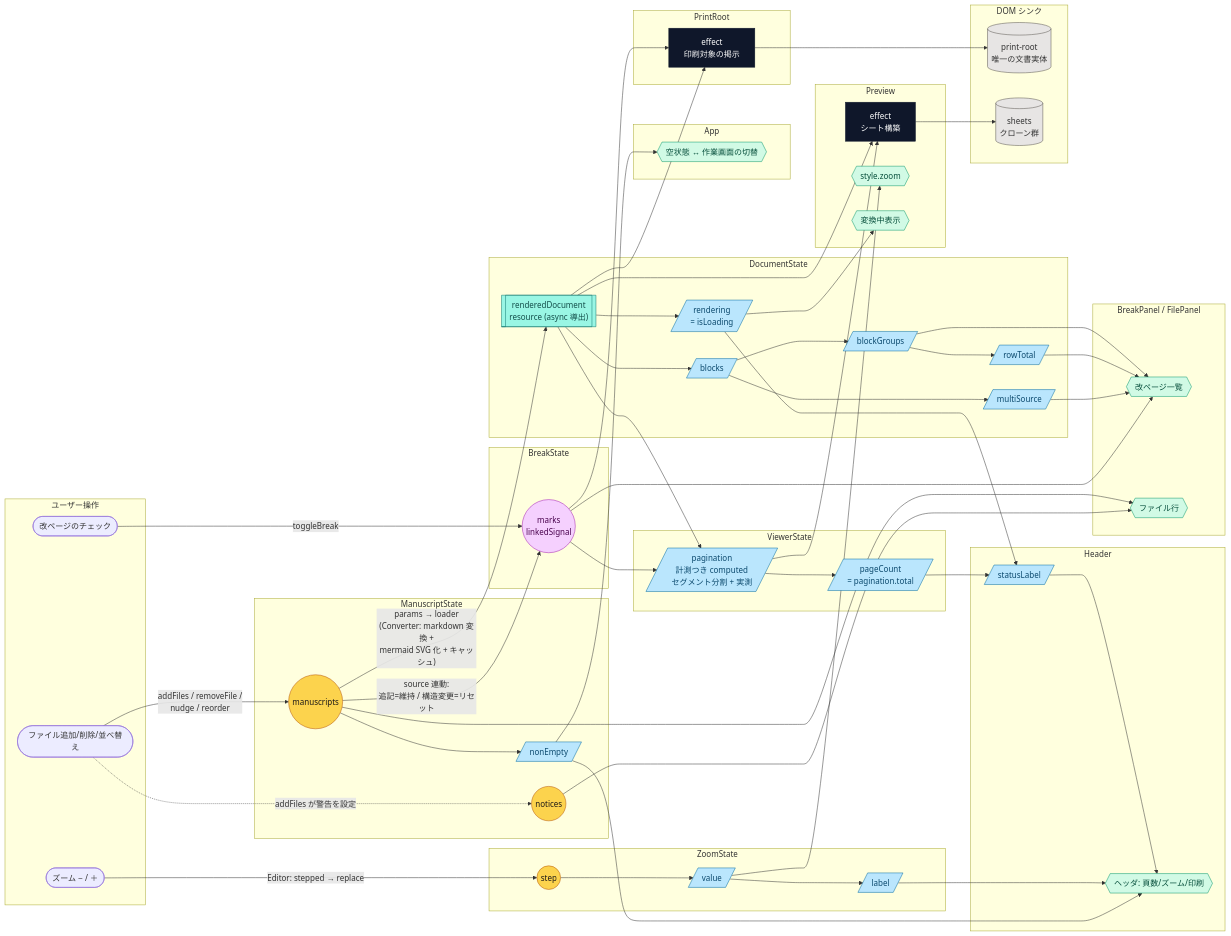
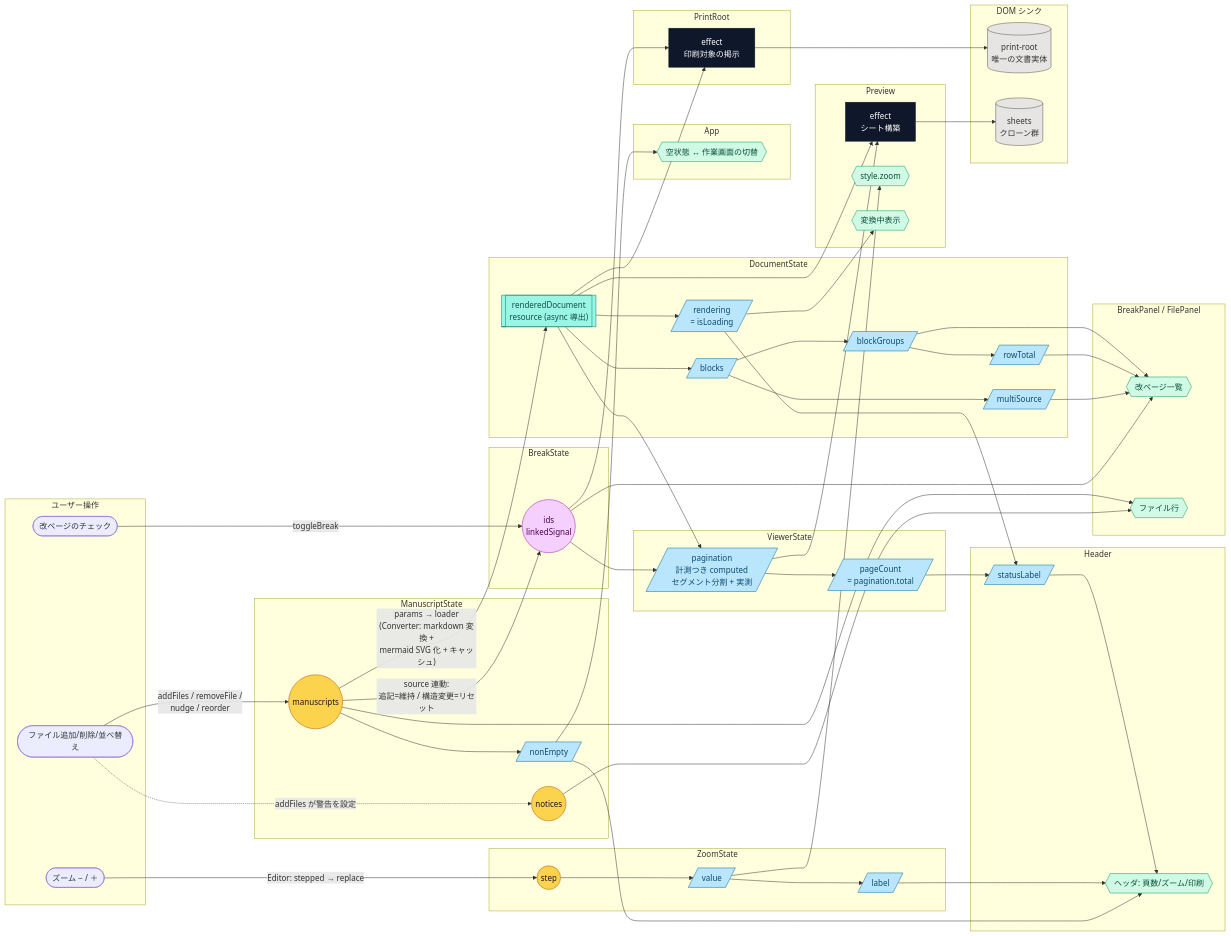
One commit to lacolaco/printmd changed the diagram in docs/signal-graph.md. Above: the diagram before and after it, drawn with Mermaid. The commit also changed other lines of this file and 7 other files, not shown here.

```diff
--- a/docs/signal-graph.md
+++ b/docs/signal-graph.md
@@ -24,7 +24,7 @@
   end
 
   subgraph Breaks["BreakState"]
-    S2((marks<br/>linkedSignal))
+    S2((ids<br/>linkedSignal))
   end
 
   subgraph Documents["DocumentState"]
```
